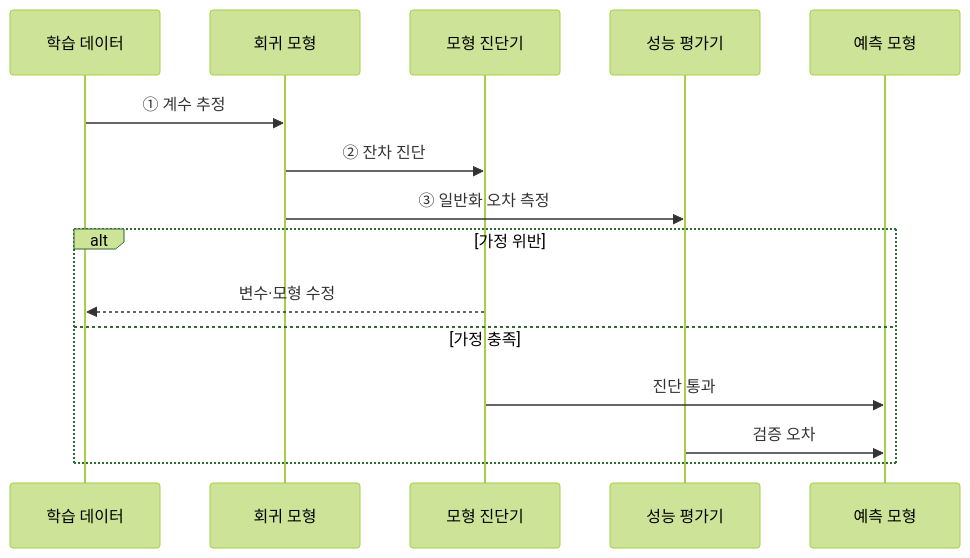
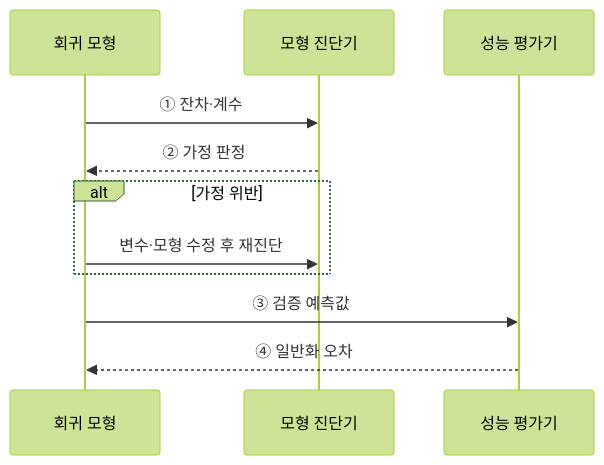
The second of 2 diagrams in src/content/docs/notes/01-basic-theory/034_regression_analysis.md (agnusdei1207/knowledge-base), drawn with Mermaid (forest theme) before and after one commit. The commit also changed other lines of this file and 11 other files, not shown here.

````diff
--- a/src/content/docs/notes/01-basic-theory/034_regression_analysis.md
+++ b/src/content/docs/notes/01-basic-theory/034_regression_analysis.md
@@ -93,17 +83,13 @@
 ```mermaid
 sequenceDiagram
-    participant X as 학습 데이터
     participant M as 회귀 모형
     participant D as 모형 진단기
     participant E as 성능 평가기
-    participant O as 예측 모형
-    X->>M: ① 계수 추정
-    M->>D: ② 잔차 진단
-    M->>E: ③ 일반화 오차 측정
+    M->>D: ① 잔차·계수
+    D-->>M: ② 가정 판정
     alt 가정 위반
-        D-->>X: 변수·모형 수정
-    else 가정 충족
-        D->>O: 진단 통과
-        E->>O: 검증 오차
+        M->>D: 변수·모형 수정 후 재진단
     end
+    M->>E: ③ 검증 예측값
+    E-->>M: ④ 일반화 오차
 ```
````
